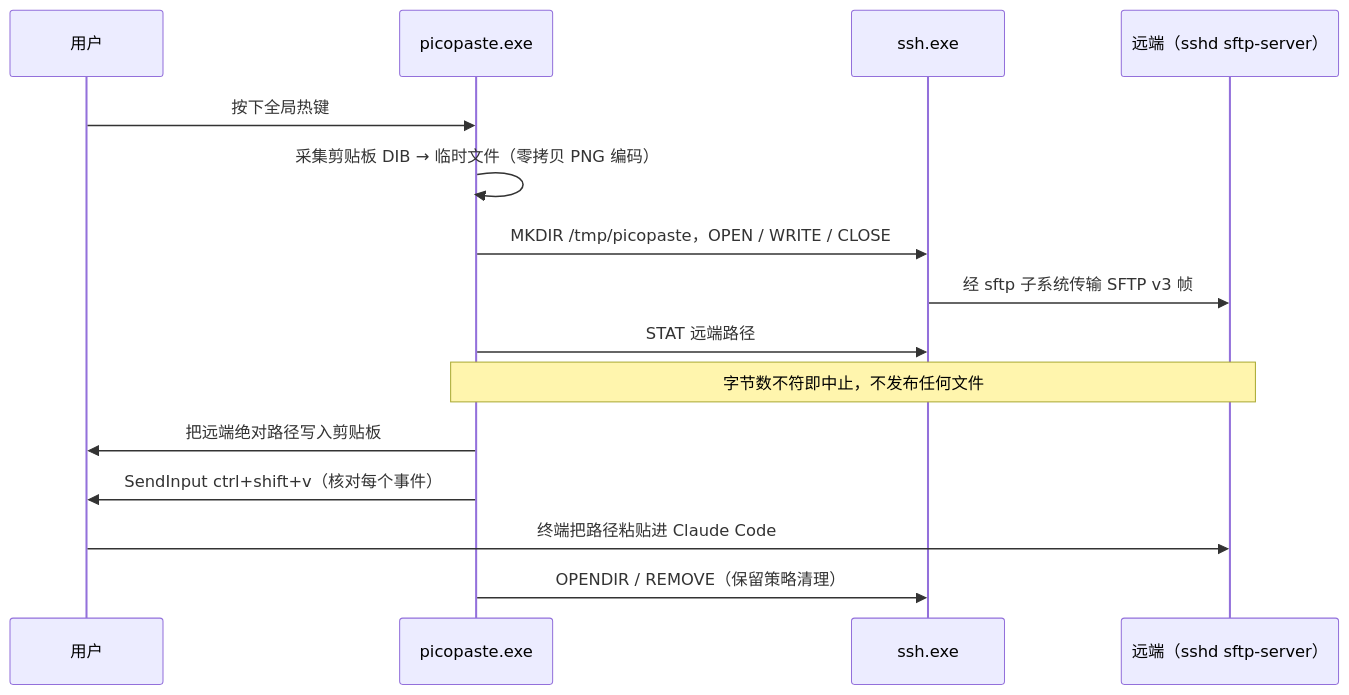
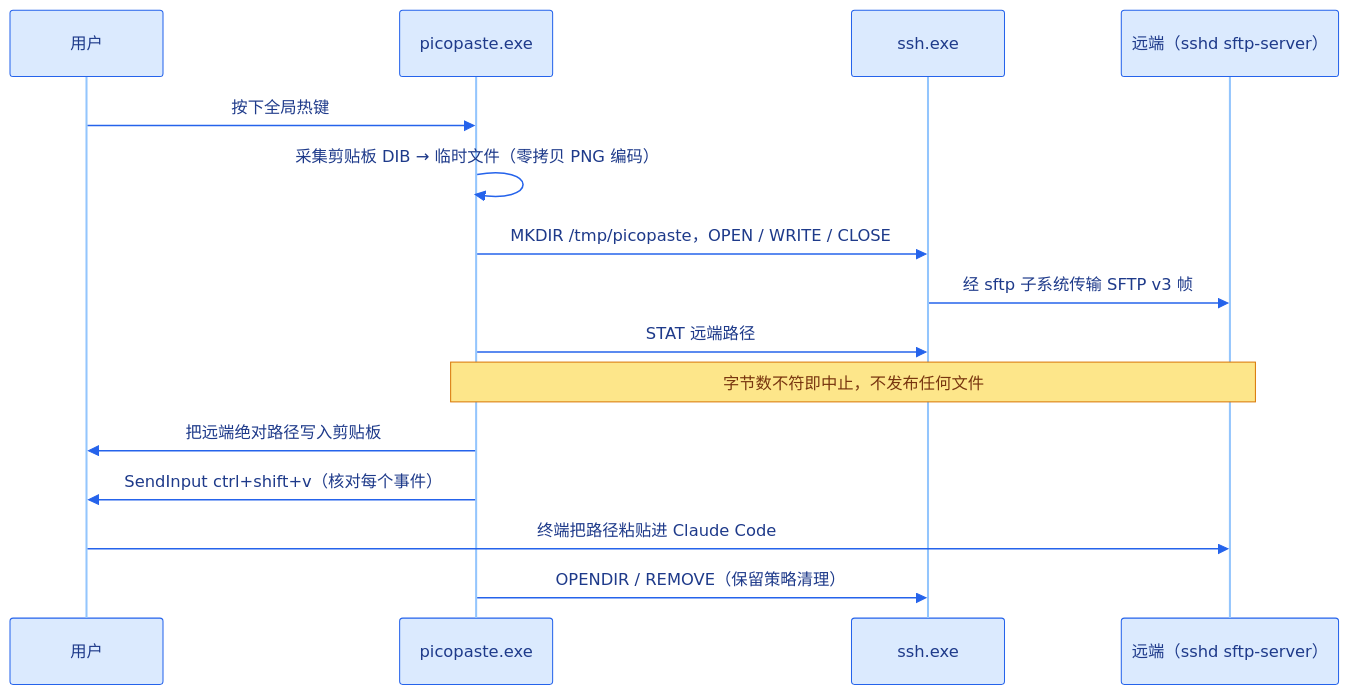
Before and after one commit to DeguiLiu/picopaste: the second of 3 diagrams in README_zh.md, drawn with Mermaid. The commit also changed other lines of this file and 1 other file, not shown here.

First line of the commit message:
story-docs(dm): make every README diagram render, and render in colour

````diff
--- a/README_zh.md
+++ b/README_zh.md
@@ -49,17 +49,18 @@
 ```mermaid
+%%{init: {"theme":"base","themeVariables":{"actorBkg":"#dbeafe","actorBorder":"#2563eb","actorTextColor":"#1e3a8a","actorLineColor":"#93c5fd","signalColor":"#2563eb","signalTextColor":"#1e3a8a","noteBkgColor":"#fde68a","noteBorderColor":"#d97706","noteTextColor":"#78350f"}}}%%
 sequenceDiagram
   participant U as 用户
   participant P as picopaste.exe
   participant S as ssh.exe
   participant R as 远端（sshd sftp-server）
   U->>P: 按下全局热键
   P->>P: 采集剪贴板 DIB → 临时文件（零拷贝 PNG 编码）
   P->>S: MKDIR /tmp/picopaste，OPEN / WRITE / CLOSE
   S->>R: 经 sftp 子系统传输 SFTP v3 帧
   P->>S: STAT 远端路径
   Note over P,R: 字节数不符即中止，不发布任何文件
   P->>U: 把远端绝对路径写入剪贴板
   P->>U: SendInput ctrl+shift+v（核对每个事件）
   U->>R: 终端把路径粘贴进 Claude Code
   P->>S: OPENDIR / REMOVE（保留策略清理）
 ```
````
